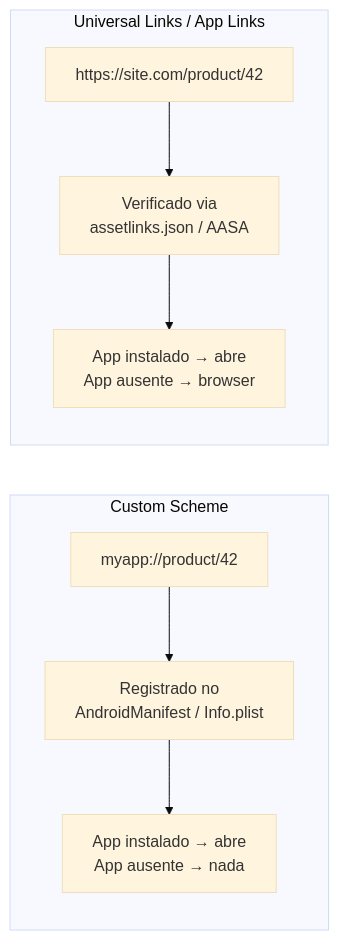
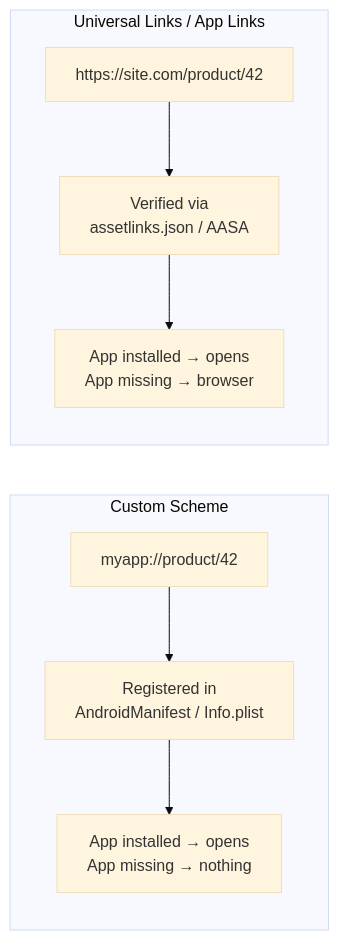
The third of 4 diagrams in README.md (emersonpisoni/deep-linking-poc), drawn with Mermaid (base theme) before and after one commit. The commit also changed other lines of this file, not shown here.

````diff
--- a/README.md
+++ b/README.md
@@ -72,18 +66,18 @@
 ```mermaid
 flowchart LR
     subgraph CS [Custom Scheme]
         direction TB
         cs1["myapp://product/42"]
-        cs2["Registrado no<br/>AndroidManifest / Info.plist"]
-        cs3["App instalado → abre<br/>App ausente → nada"]
+        cs2["Registered in<br/>AndroidManifest / Info.plist"]
+        cs3["App installed → opens<br/>App missing → nothing"]
         cs1 --> cs2 --> cs3
     end
 
     subgraph UL [Universal Links / App Links]
         direction TB
         ul1["https://site.com/product/42"]
-        ul2["Verificado via<br/>assetlinks.json / AASA"]
-        ul3["App instalado → abre<br/>App ausente → browser"]
+        ul2["Verified via<br/>assetlinks.json / AASA"]
+        ul3["App installed → opens<br/>App missing → browser"]
         ul1 --> ul2 --> ul3
     end
 ```
````
